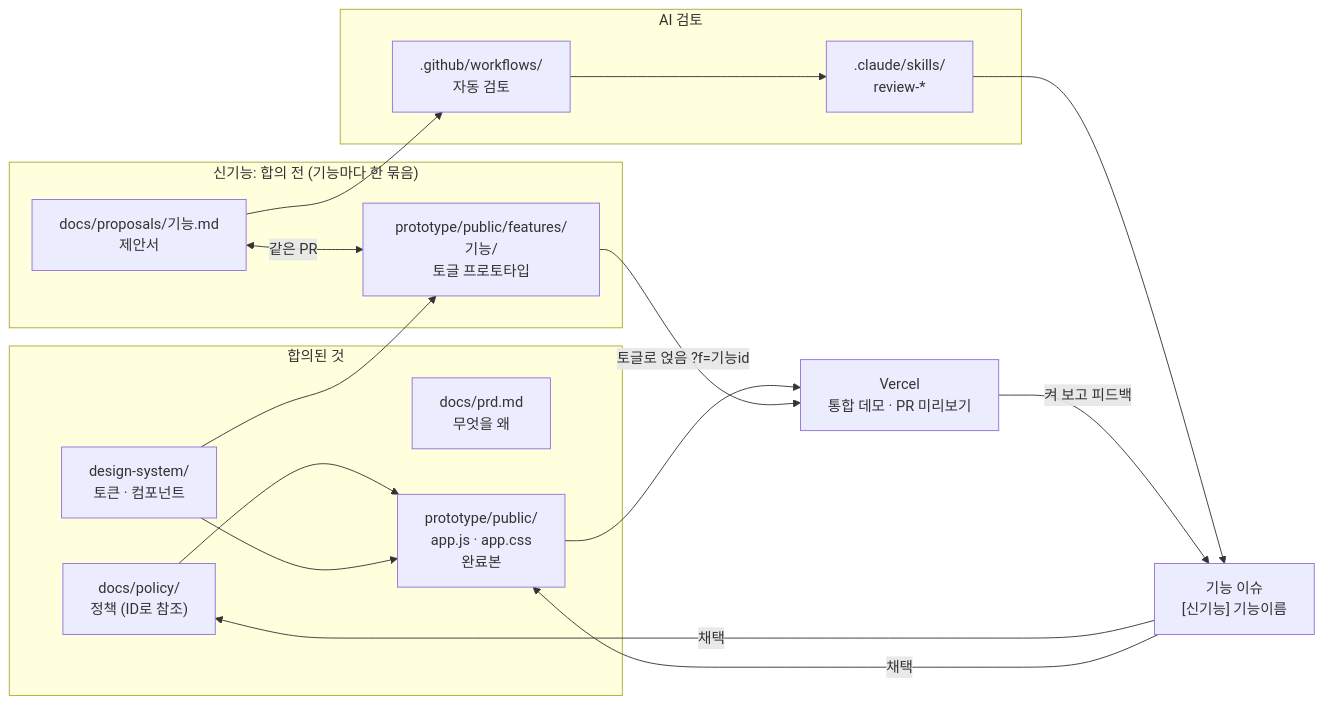
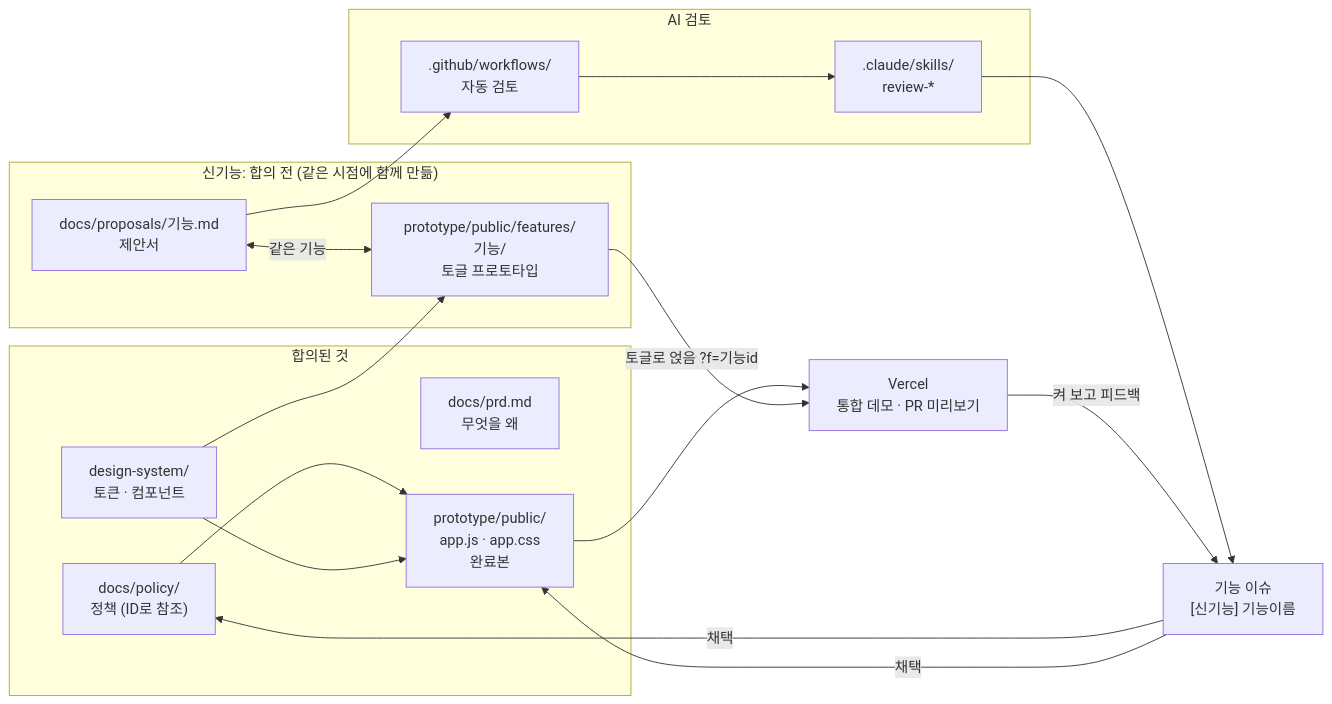
Before and after one commit to jincode93/DANGJANG: the first of 2 diagrams in README.md, drawn with Mermaid. The commit also changed other lines of this file, not shown here.

Commit message:
README: 제안서와 프로토타입은 같은 PR이 아니라 같은 시점에 만든다로 고침

````diff
--- a/README.md
+++ b/README.md
@@ -43,30 +43,30 @@
 ```mermaid
 flowchart LR
   subgraph BASE["합의된 것"]
     PRD["docs/prd.md<br>무엇을 왜"]
     POL["docs/policy/<br>정책 (ID로 참조)"]
     DS["design-system/<br>토큰 · 컴포넌트"]
     APP["prototype/public/<br>app.js · app.css<br>완료본"]
   end
-  subgraph NEW["신기능: 합의 전 (기능마다 한 묶음)"]
+  subgraph NEW["신기능: 합의 전 (같은 시점에 함께 만듦)"]
     PROP["docs/proposals/기능.md<br>제안서"]
     FEAT["prototype/public/features/기능/<br>토글 프로토타입"]
-    PROP <-->|같은 PR| FEAT
+    PROP <-->|같은 기능| FEAT
   end
   subgraph AI["AI 검토"]
     WF[".github/workflows/<br>자동 검토"]
     SK[".claude/skills/<br>review-*"]
   end
   ISSUE["기능 이슈<br>[신기능] 기능이름"]
   VC["Vercel<br>통합 데모 · PR 미리보기"]
 
   POL --> APP
   DS --> APP
   DS --> FEAT
   APP --> VC
   FEAT -->|"토글로 얹음 ?f=기능id"| VC
   PROP --> WF --> SK --> ISSUE
   VC -->|켜 보고 피드백| ISSUE
   ISSUE -->|채택| POL
   ISSUE -->|채택| APP
 ```
````
